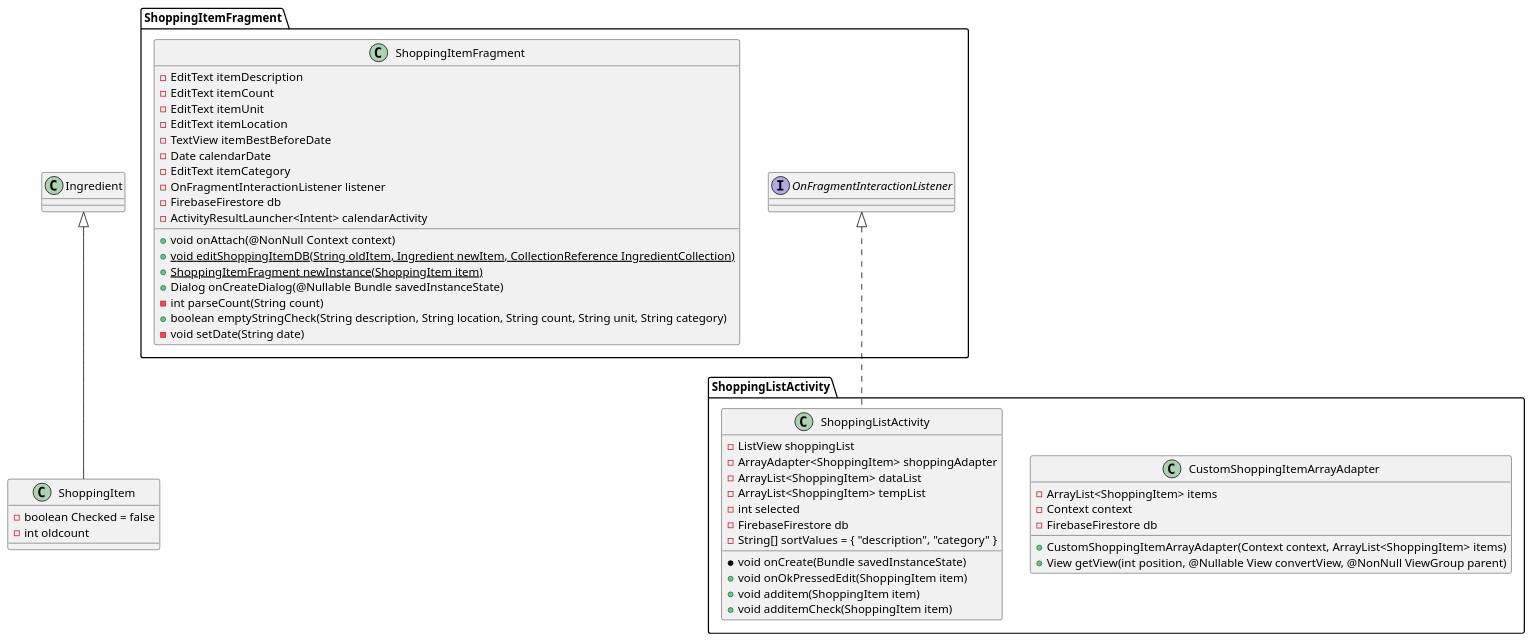
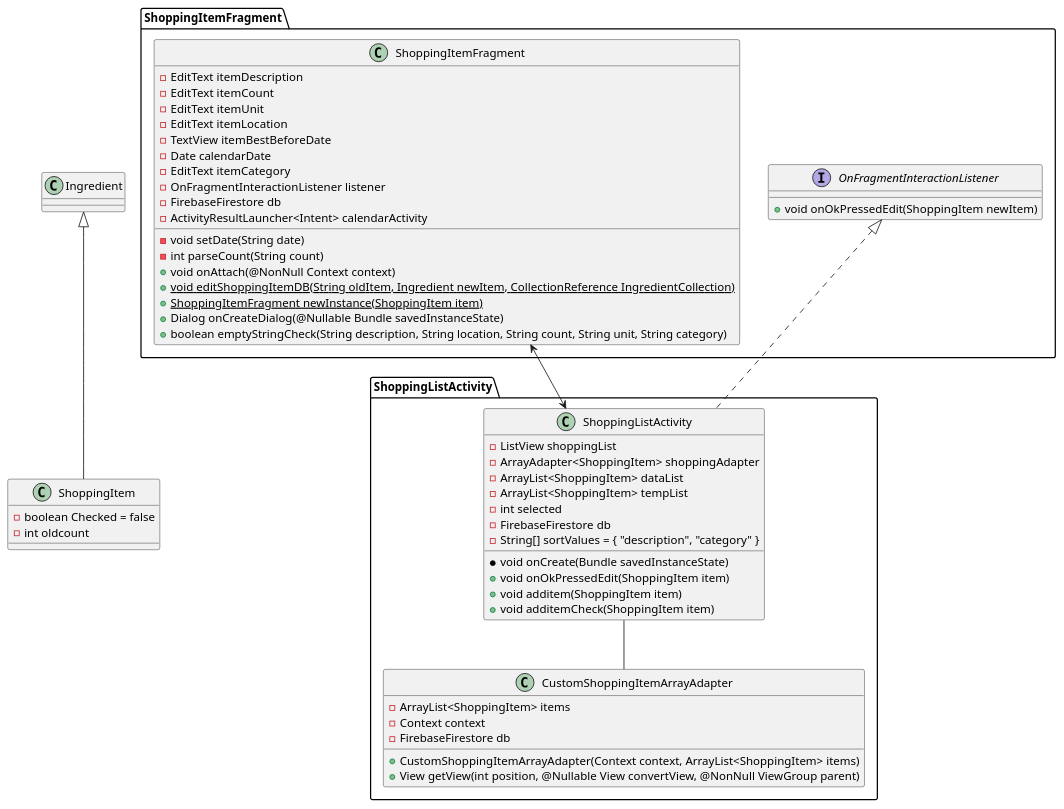
The diagram in doc/source/ShoppingUML.puml (CMPUT301F22T31/FoodCart), drawn with PlantUML before and after one commit.

Commit message:
shoppinglist UML update for relations

```diff
--- a/doc/source/ShoppingUML.puml
+++ b/doc/source/ShoppingUML.puml
@@ -1,59 +1,66 @@
 @startuml
 'https://plantuml.com/class-diagram
 
 class ShoppingItem extends Ingredient
 {
     -boolean Checked = false
     -int oldcount
 }
 class ShoppingListActivity.CustomShoppingItemArrayAdapter
 {
     -ArrayList<ShoppingItem> items
     -Context context
     -FirebaseFirestore db
 
     +CustomShoppingItemArrayAdapter(Context context, ArrayList<ShoppingItem> items)
     +View getView(int position, @Nullable View convertView, @NonNull ViewGroup parent)
 }
 
 class ShoppingListActivity.ShoppingListActivity implements ShoppingItemFragment.OnFragmentInteractionListener
 {
         -ListView shoppingList
         -ArrayAdapter<ShoppingItem> shoppingAdapter
         -ArrayList<ShoppingItem> dataList
         -ArrayList<ShoppingItem> tempList
         -int selected
         -FirebaseFirestore db
         -String[] sortValues = { "description", "category" }
 
         *void onCreate(Bundle savedInstanceState)
         +void onOkPressedEdit(ShoppingItem item)
         +void additem(ShoppingItem item)
         +void additemCheck(ShoppingItem item)
 }
 
+interface ShoppingItemFragment.OnFragmentInteractionListener
+{
+    +void onOkPressedEdit(ShoppingItem newItem)
+}
+
 class ShoppingItemFragment.ShoppingItemFragment
 {
     -EditText itemDescription
     -EditText itemCount
     -EditText itemUnit
     -EditText itemLocation
     -TextView itemBestBeforeDate
     -Date calendarDate
     -EditText itemCategory
     -OnFragmentInteractionListener listener
     -FirebaseFirestore db
     -ActivityResultLauncher<Intent> calendarActivity
 
+    -void setDate(String date)
+    -int parseCount(String count)
     +void onAttach(@NonNull Context context)
     +{static}void editShoppingItemDB(String oldItem, Ingredient newItem, CollectionReference IngredientCollection)
     +{static} ShoppingItemFragment newInstance(ShoppingItem item)
     +Dialog onCreateDialog(@Nullable Bundle savedInstanceState)
-    -int parseCount(String count)
     +boolean emptyStringCheck(String description, String location, String count, String unit, String category)
-    -void setDate(String date)
+
 }
 
-
+ShoppingListActivity.ShoppingListActivity -- ShoppingListActivity.CustomShoppingItemArrayAdapter
+ShoppingItemFragment.ShoppingItemFragment <--> ShoppingListActivity.ShoppingListActivity
 
 @enduml
```
